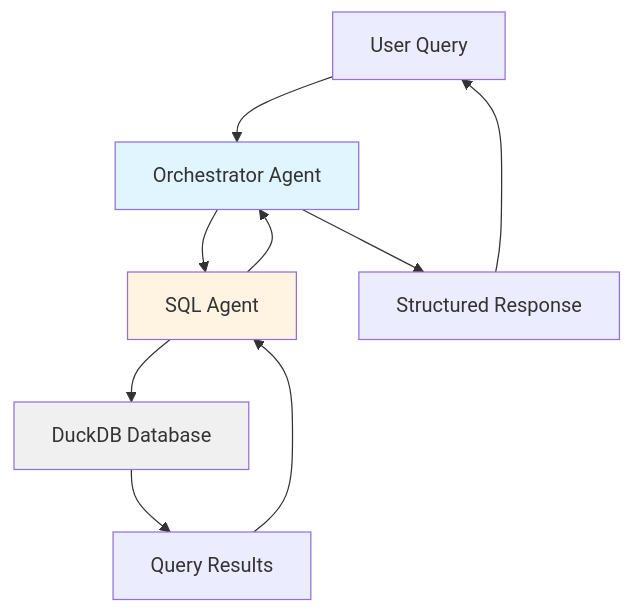
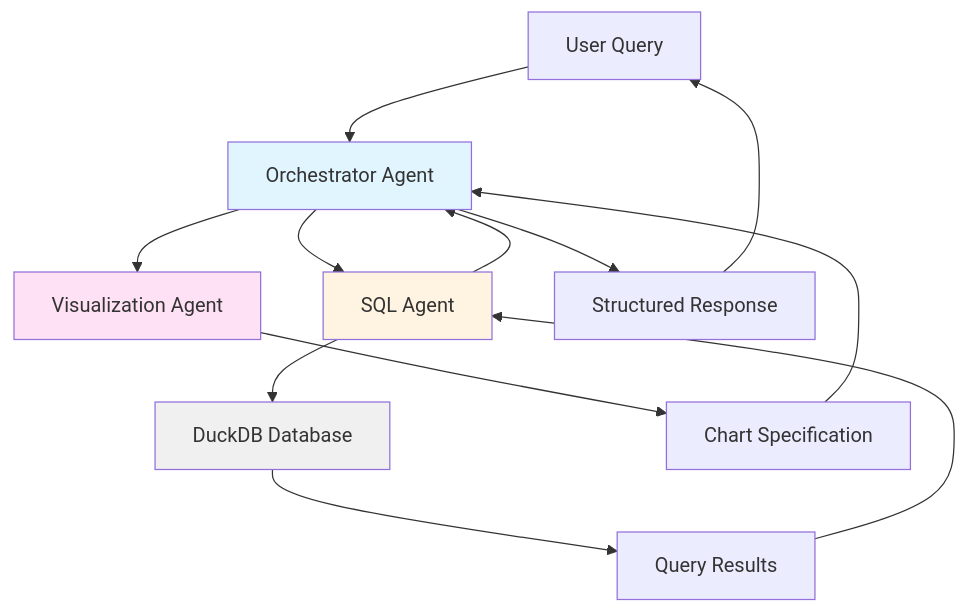
One commit to jstnck/Analytics-Agents-FastAPI-PydanticAI changed the second of 2 diagrams in README.md. Above: the diagram before and after it, drawn with Mermaid. The commit also changed other lines of this file and 2 other files, not shown here.

Commit message:
udating readme diagram, adding ts compile test

````diff
--- a/README.md
+++ b/README.md
@@ -144,15 +144,19 @@
 ```mermaid
 graph TD
     A[User Query] --> B[Orchestrator Agent]
     B --> C[SQL Agent]
     C --> D[DuckDB Database]
     D --> E[Query Results]
     E --> C
     C --> B
-    B --> F[Structured Response]
-    F --> A
+    B --> F[Visualization Agent]
+    F --> G[Chart Specification]
+    G --> B
+    B --> H[Structured Response]
+    H --> A
 
     style B fill:#e1f5ff
     style C fill:#fff4e1
+    style F fill:#ffe1f5
     style D fill:#f0f0f0
 ```
````
